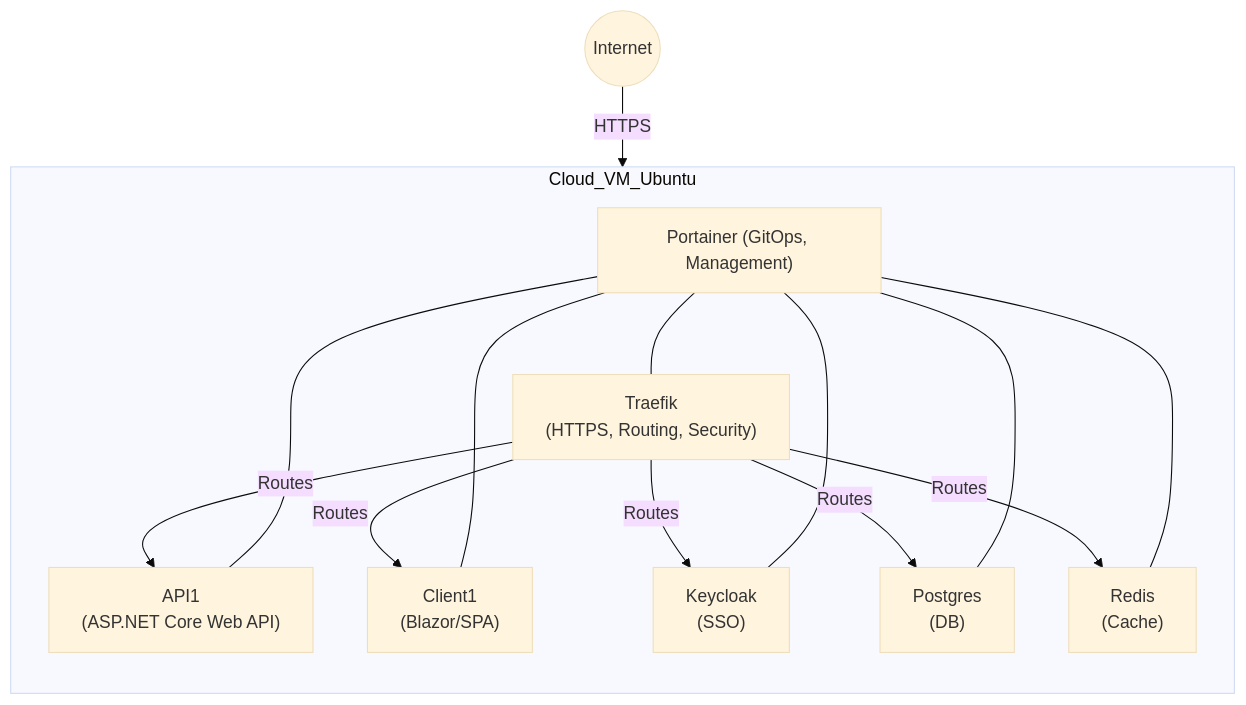
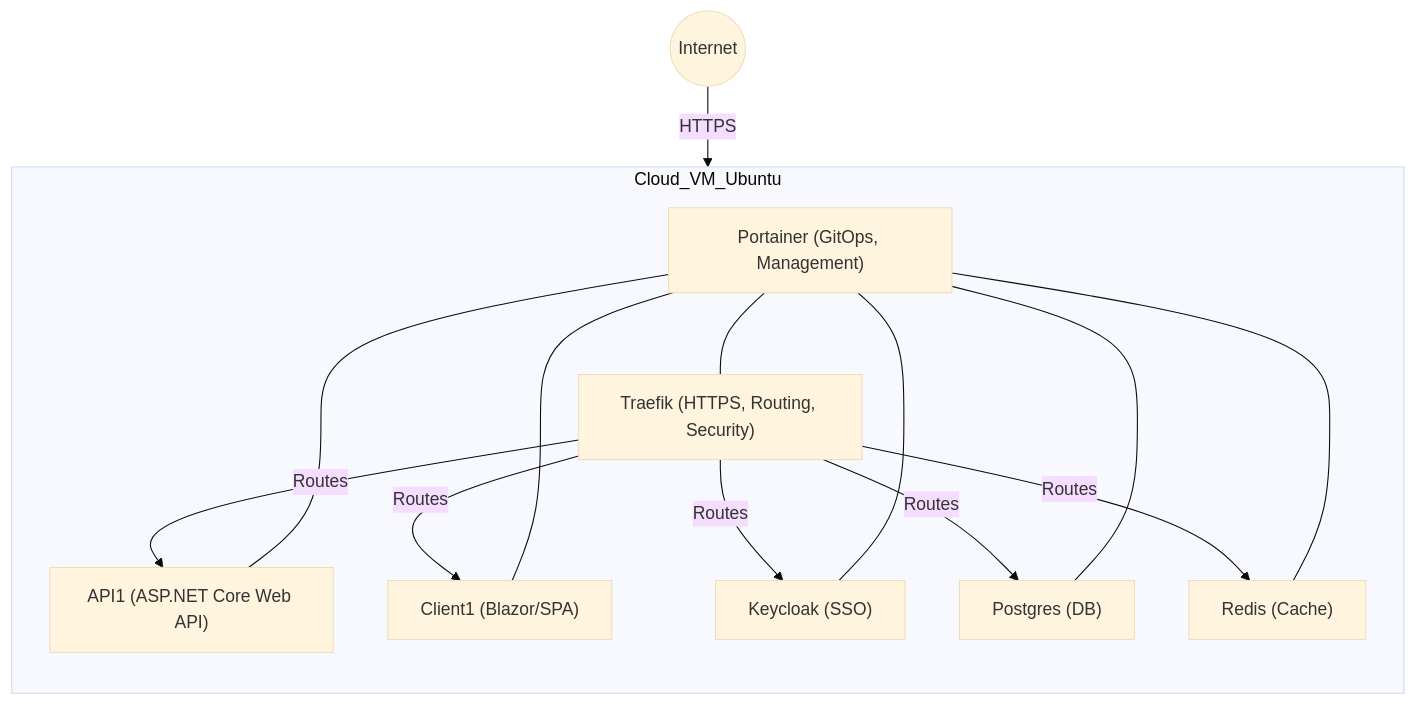
One commit to farshaddavoudi/single-node-prod-infra changed the diagram in README.md. Above: the diagram before and after it, drawn with Mermaid (base theme).

````diff
--- a/README.md
+++ b/README.md
@@ -12,26 +12,26 @@
 ```mermaid
 flowchart TD
     subgraph Cloud_VM_Ubuntu
         direction TB
-        Traefik["Traefik\n(HTTPS, Routing, Security)"]
+        Traefik["Traefik (HTTPS, Routing, Security)"]
         Portainer["Portainer (GitOps, Management)"]
-        Keycloak["Keycloak\n(SSO)"]
-        API1["API1\n(ASP.NET Core Web API)"]
-        Client1["Client1\n(Blazor/SPA)"]
-        Postgres["Postgres\n(DB)"]
-        Redis["Redis\n(Cache)"]
+        Keycloak["Keycloak (SSO)"]
+        API1["API1 (ASP.NET Core Web API)"]
+        Client1["Client1 (Blazor/SPA)"]
+        Postgres["Postgres (DB)"]
+        Redis["Redis (Cache)"]
     end
     Internet((Internet))
     Internet -->|HTTPS| Traefik
     Traefik -->|Routes| API1
     Traefik -->|Routes| Client1
     Traefik -->|Routes| Keycloak
     Traefik -->|Routes| Postgres
     Traefik -->|Routes| Redis
     Portainer --- Traefik
     Portainer --- API1
     Portainer --- Client1
     Portainer --- Keycloak
     Portainer --- Postgres
     Portainer --- Redis
 ```
````
